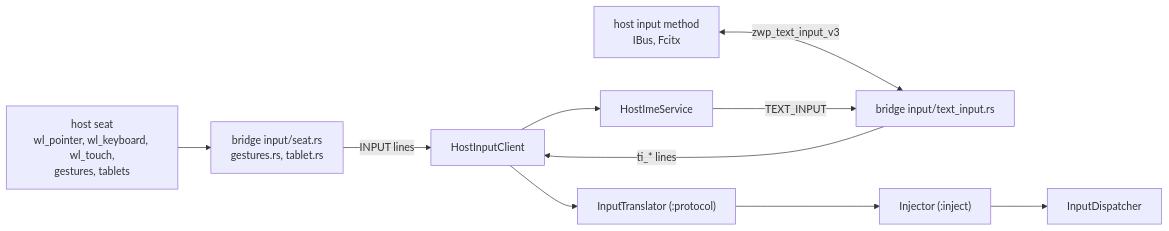
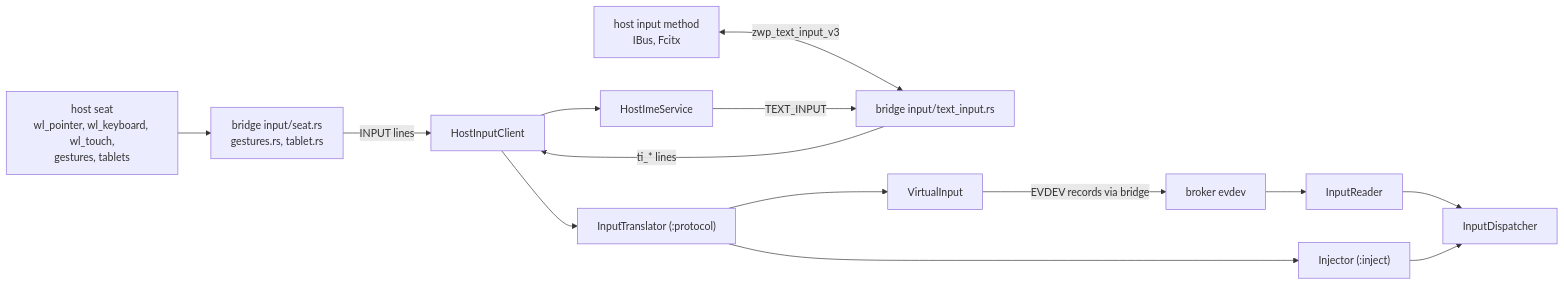
One commit to sargunv/innkeeper changed the first of 2 diagrams in docs/input.md. Above: the diagram before and after it, drawn with Mermaid. The commit also changed other lines of this file and 34 other files, not shown here.

Commit message:
input: expose virtual keyboard and mouse with Android cursors

````diff
--- a/docs/input.md
+++ b/docs/input.md
@@ -11,10 +12,13 @@
 ```mermaid
 flowchart LR
   seat["host seat<br/>wl_pointer, wl_keyboard, wl_touch,<br/>gestures, tablets"] --> bseat["bridge input/seat.rs<br/>gestures.rs, tablet.rs"]
   im["host input method<br/>IBus, Fcitx"] <-->|"zwp_text_input_v3"| bti["bridge input/text_input.rs"]
   bseat -->|"INPUT lines"| hic["HostInputClient"]
   bti -->|"ti_* lines"| hic
-  hic --> tr["InputTranslator (:protocol)"] --> inj["Injector (:inject)"] --> disp["InputDispatcher"]
+  hic --> tr["InputTranslator (:protocol)"]
+  tr --> vi["VirtualInput"] -->|"EVDEV records via bridge"| broker["broker evdev"]
+  broker --> reader["InputReader"] --> disp["InputDispatcher"]
+  tr --> inj["Injector (:inject)"] --> disp
   hic --> ime["HostImeService"]
   ime -->|"TEXT_INPUT"| bti
 ```
````
